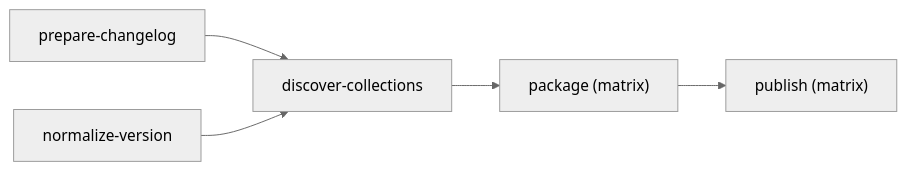
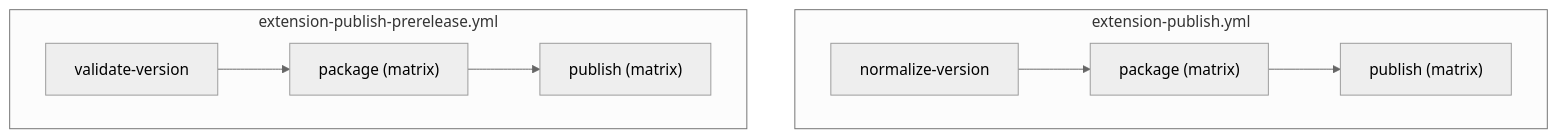
One commit to microsoft/hve-core changed the fourth of 4 diagrams in docs/architecture/workflows.md. Above: the diagram before and after it, drawn with Mermaid (neutral theme). The commit also changed other lines of this file, not shown here.

````diff
--- a/docs/architecture/workflows.md
+++ b/docs/architecture/workflows.md
@@ -184,7 +224,11 @@
 ```mermaid
-flowchart LR
-    PC[prepare-changelog] --> DC[discover-collections]
-    NV[normalize-version] --> DC
-    DC --> PKG["package (matrix)"]
-    PKG --> PUB["publish (matrix)"]
+flowchart TD
+    subgraph Stable["extension-publish.yml"]
+        NV[normalize-version] --> PKG1["package (matrix)"]
+        PKG1 --> PUB1["publish (matrix)"]
+    end
+    subgraph PreRelease["extension-publish-prerelease.yml"]
+        VV[validate-version] --> PKG2["package (matrix)"]
+        PKG2 --> PUB2["publish (matrix)"]
+    end
 ```
````
